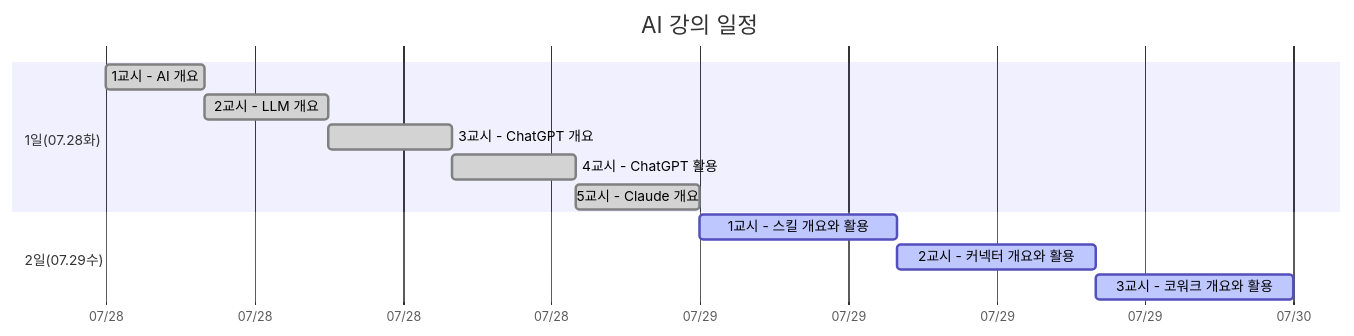
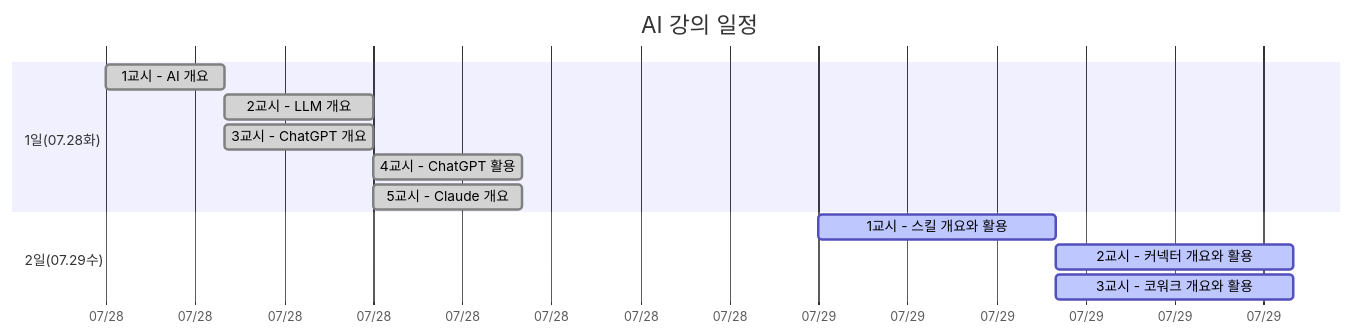
One commit to soobook/2026-LLM changed the first of 9 diagrams in README.md. Above: the diagram before and after it, drawn with Mermaid.

````diff
--- a/README.md
+++ b/README.md
@@ -15,18 +15,18 @@
 ```mermaid
 gantt
     title AI 강의 일정
     dateFormat YYYY-MM-DD
     axisFormat %m/%d
 
     section 1일(07.28화)
     1교시 - AI 개요                      :done, a1, 2026-07-28, 4h
     2교시 - LLM 개요                     :done, a2, after a1, 5h
-    3교시 - ChatGPT 개요                 :done, a3, after a2, 5h
-    4교시 - ChatGPT 활용                 :done, a4, after a3, 5h
-    5교시 - Claude 개요                  :done, a5, after a4, 5h
+    3교시 - ChatGPT 개요                 :done, a3, after a1, 5h
+    4교시 - ChatGPT 활용                 :done, a4, after a2, 5h
+    5교시 - Claude 개요                  :done, a5, after a2, 5h
 
     section 2일(07.29수)
     1교시 - 스킬 개요와 활용             :active, b1, 2026-07-29, 8h
     2교시 - 커넥터 개요와 활용           :active, b2, after b1, 8h
-    3교시 - 코워크 개요와 활용           :active, b3, after b2, 8h
+    3교시 - 코워크 개요와 활용           :active, b3, after b1, 8h
 ```
````
